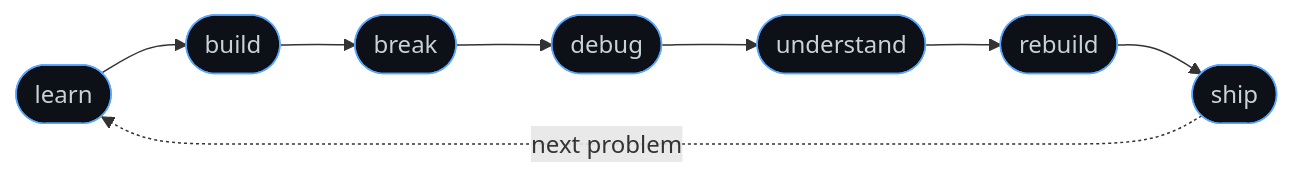
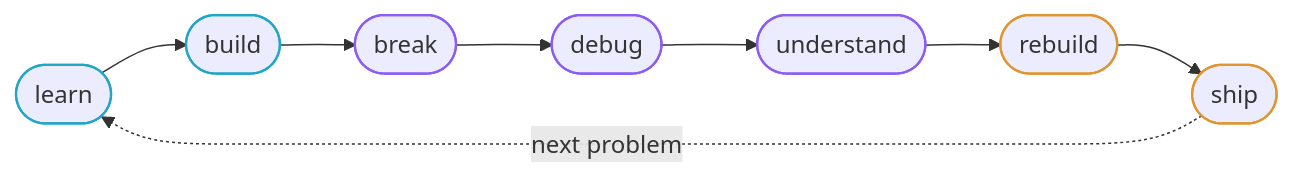
The third of 3 diagrams in README.md (DeepakSkandh/DeepakSkandh), drawn with Mermaid before and after one commit. The commit also changed other lines of this file and 32 other files, not shown here.

````diff
--- a/README.md
+++ b/README.md
@@ -267,7 +228,11 @@
 ```mermaid
 flowchart LR
-    A([learn]) --> B([build]) --> C([break]) --> D([debug]) --> E([understand]) --> F([rebuild]) --> G([ship])
-    G -. next problem .-> A
-    classDef step fill:#0d1117,stroke:#58a6ff,stroke-width:1px,color:#c9d1d9
-    class A,B,C,D,E,F,G step
+    learn([learn]) --> build([build]) --> brk([break]) --> debug([debug]) --> understand([understand]) --> rebuild([rebuild]) --> ship([ship])
+    ship -. next problem .-> learn
+    classDef surface stroke:#22a6c7,stroke-width:1.5px
+    classDef middle stroke:#8b5cf6,stroke-width:1.5px
+    classDef core stroke:#e0952f,stroke-width:1.5px
+    class learn,build surface
+    class brk,debug,understand middle
+    class rebuild,ship core
 ```
````
